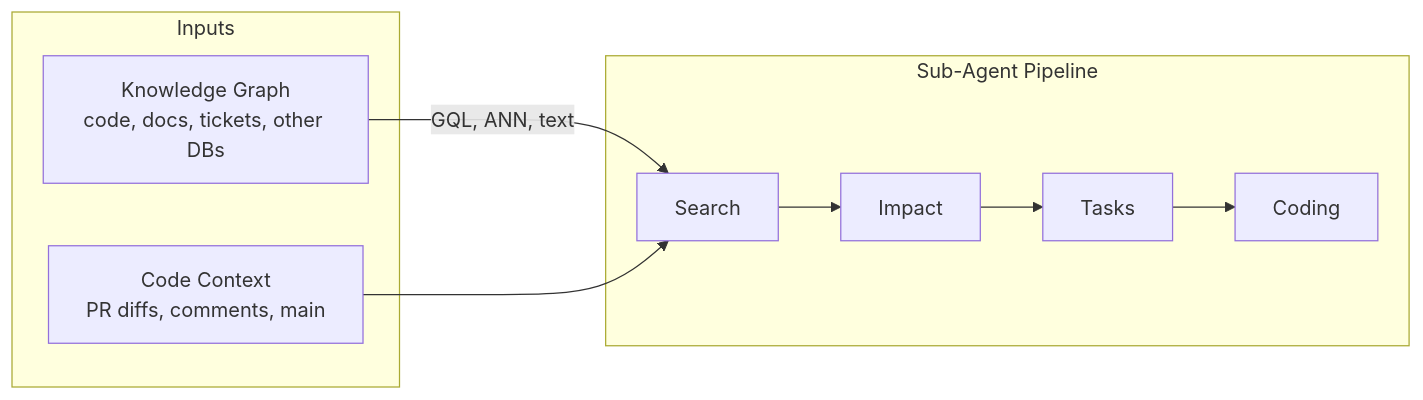
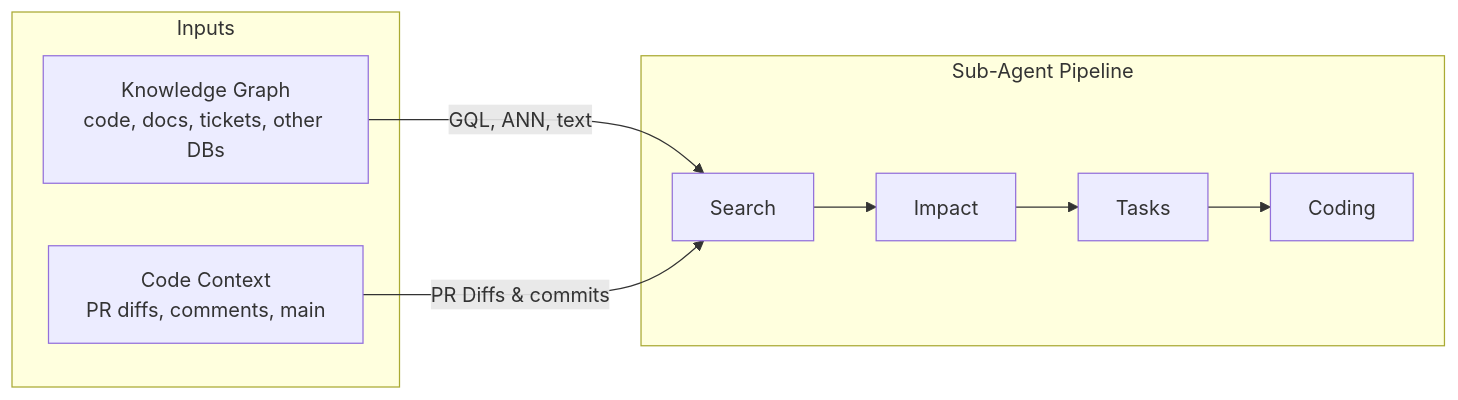
One commit to sougata143/VibeReview changed the first of 3 diagrams in README.md. Above: the diagram before and after it, drawn with Mermaid. The commit also changed other lines of this file, not shown here.

Commit message:
docs: optimize README.md evaluation and diagrams for presentation

````diff
--- a/README.md
+++ b/README.md
@@ -63,14 +49,14 @@
 ```mermaid
 graph LR
     subgraph Inputs
         KG["Knowledge Graph<br/>code, docs, tickets, other DBs"]
         CC["Code Context<br/>PR diffs, comments, main"]
     end
     
     subgraph Sub-Agent Pipeline
         S[Search] --> I[Impact] --> T[Tasks] --> C[Coding]
     end
     
-    KG -- GQL, ANN, text --> S
-    CC --> S
+    KG -->|GQL, ANN, text| S
+    CC -->|PR Diffs & commits| S
 ```
````
